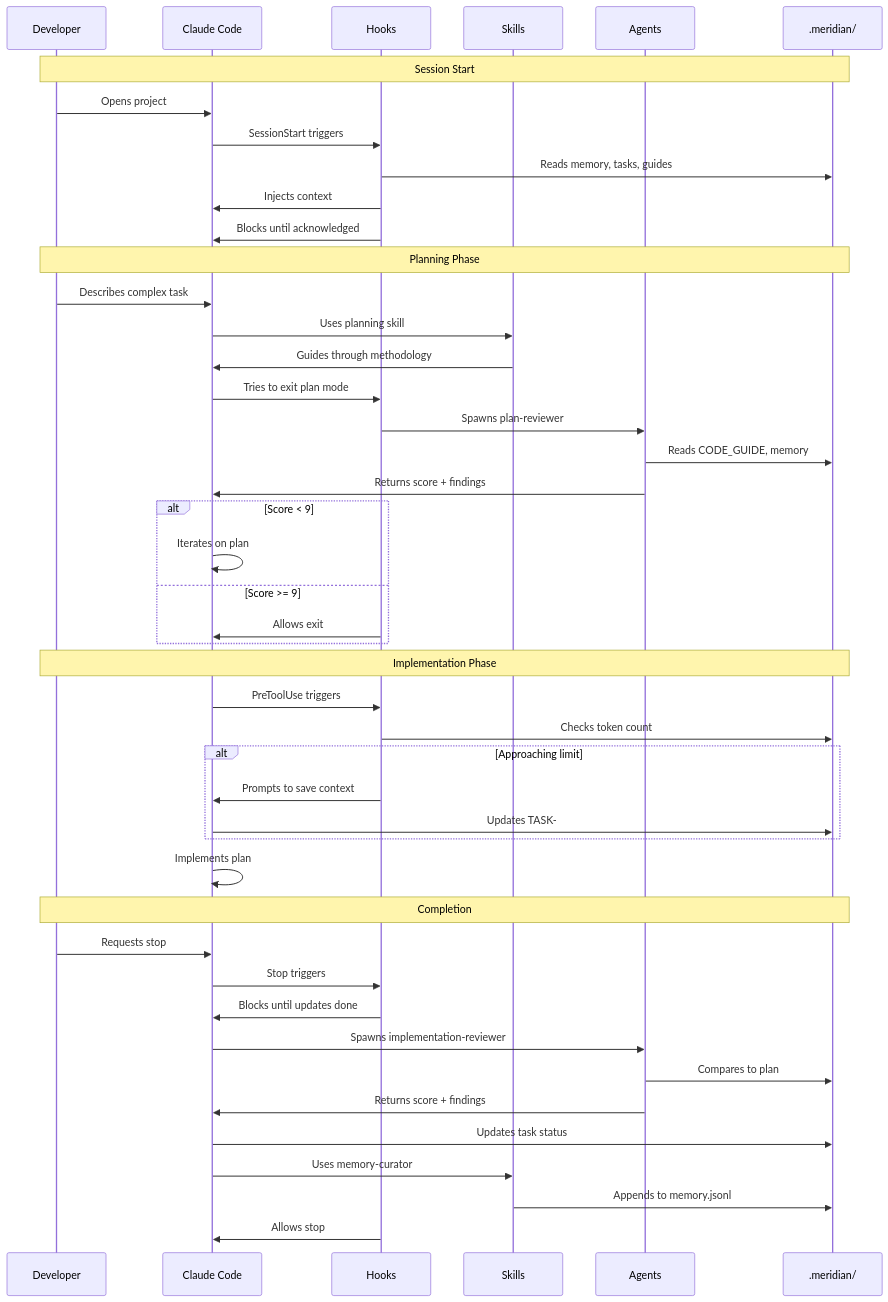
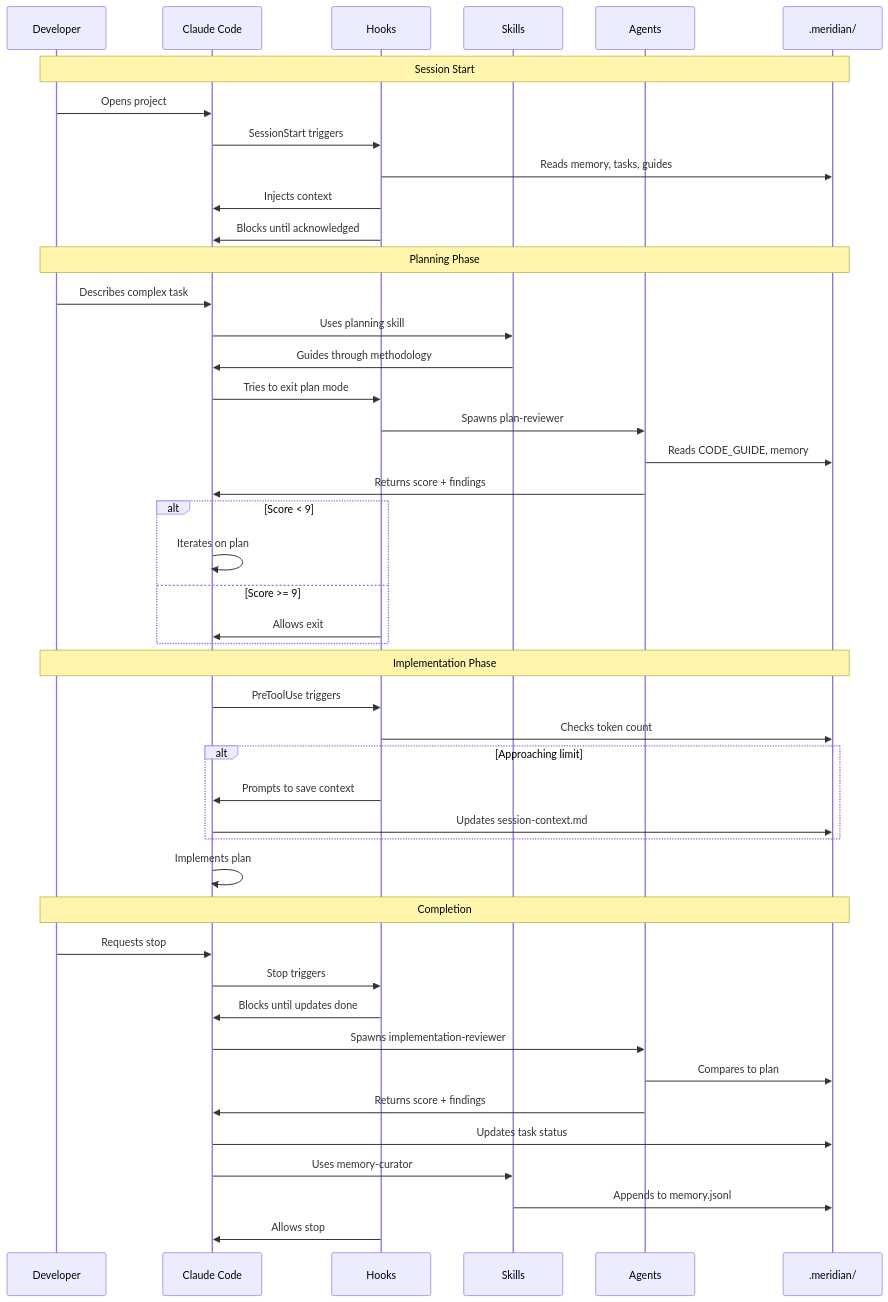
The second of 2 diagrams in README.md (aiaug/meridian), drawn with Mermaid before and after one commit. The commit also changed other lines of this file and 17 other files, not shown here.

First line of the commit message:
feat: v0.0.12 - stricter memory criteria, rolling session context

````diff
--- a/README.md
+++ b/README.md
@@ -107,51 +107,51 @@
 ```mermaid
 sequenceDiagram
     participant Dev as Developer
     participant CC as Claude Code
     participant Hook as Hooks
     participant Skill as Skills
     participant Agent as Agents
     participant Files as .meridian/
 
     Note over Dev,Files: Session Start
     Dev->>CC: Opens project
     CC->>Hook: SessionStart triggers
     Hook->>Files: Reads memory, tasks, guides
     Hook->>CC: Injects context
     Hook->>CC: Blocks until acknowledged
 
     Note over Dev,Files: Planning Phase
     Dev->>CC: Describes complex task
     CC->>Skill: Uses planning skill
     Skill->>CC: Guides through methodology
     CC->>Hook: Tries to exit plan mode
     Hook->>Agent: Spawns plan-reviewer
     Agent->>Files: Reads CODE_GUIDE, memory
     Agent->>CC: Returns score + findings
     alt Score < 9
         CC->>CC: Iterates on plan
     else Score >= 9
         Hook->>CC: Allows exit
     end
 
     Note over Dev,Files: Implementation Phase
     CC->>Hook: PreToolUse triggers
     Hook->>Files: Checks token count
     alt Approaching limit
         Hook->>CC: Prompts to save context
-        CC->>Files: Updates TASK-###-context.md
+        CC->>Files: Updates session-context.md
     end
     CC->>CC: Implements plan
 
     Note over Dev,Files: Completion
     Dev->>CC: Requests stop
     CC->>Hook: Stop triggers
     Hook->>CC: Blocks until updates done
     CC->>Agent: Spawns implementation-reviewer
     Agent->>Files: Compares to plan
     Agent->>CC: Returns score + findings
     CC->>Files: Updates task status
     CC->>Skill: Uses memory-curator
     Skill->>Files: Appends to memory.jsonl
     Hook->>CC: Allows stop
 ```
````
